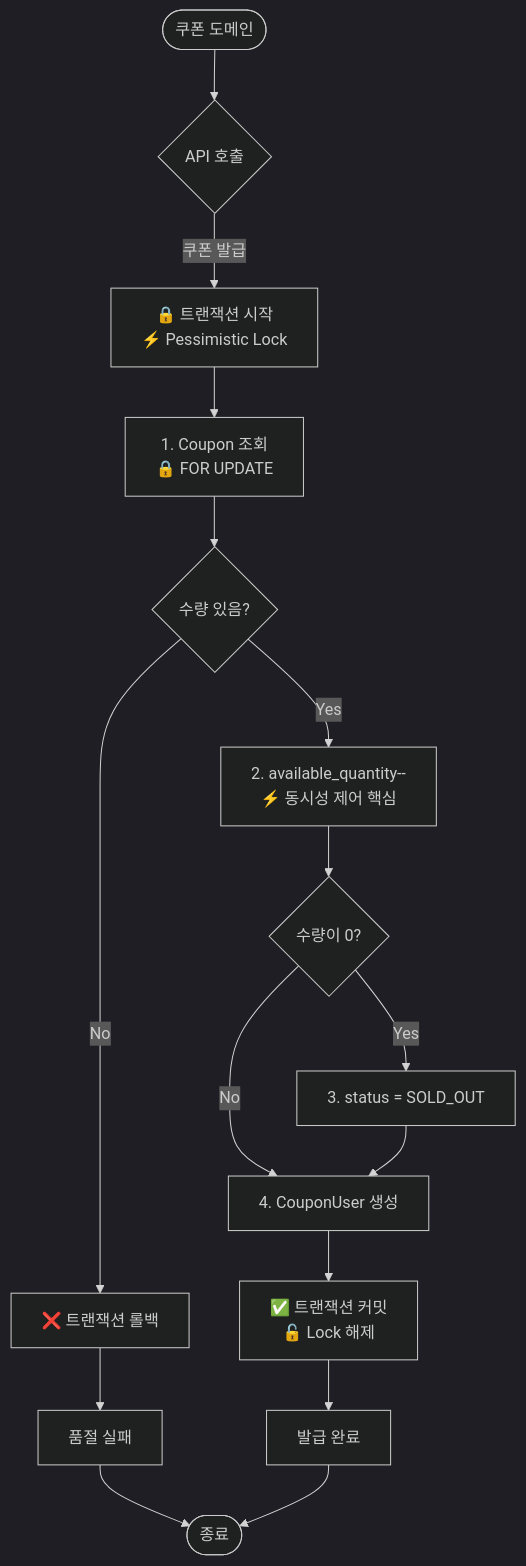
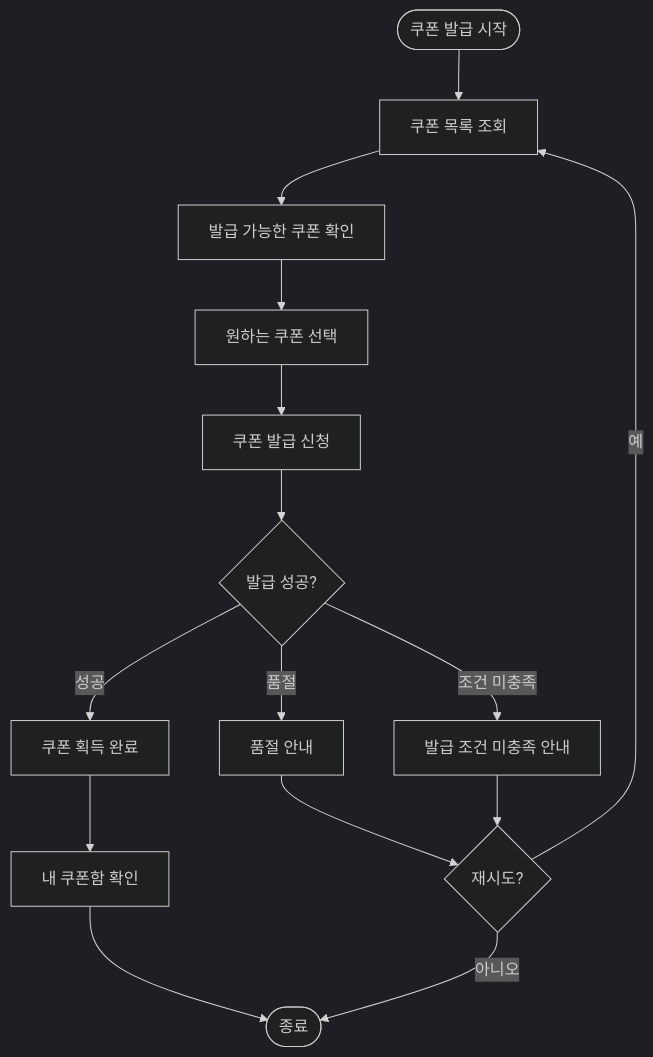
One commit to kmkim2051/hh-ecommerce changed the second of 3 diagrams in docs/02.flow_chart.md. Above: the diagram before and after it, drawn with Mermaid (dark theme). The commit also changed other lines of this file, not shown here.

Commit message:
[Docs] Flowchart - 사용자 비즈니스 액션 위주로 수정

````diff
--- a/docs/02.flow_chart.md
+++ b/docs/02.flow_chart.md
@@ -61,22 +37,17 @@
 ```mermaid
 flowchart TD
-    Start([쿠폰 도메인]) --> Action{API 호출}
-    
-    Action -->|쿠폰 발급| TxStart[🔒 트랜잭션 시작<br/>⚡ Pessimistic Lock]
-    
-    TxStart --> Step1[1. Coupon 조회<br/>🔒 FOR UPDATE]
-    Step1 --> Step2{수량 있음?}
-    Step2 -->|No| Rollback[❌ 트랜잭션 롤백]
-    Rollback --> Fail[품절 실패]
-    
-    Step2 -->|Yes| Step3[2. available_quantity--<br/>⚡ 동시성 제어 핵심]
-    Step3 --> Step4{수량이 0?}
-    Step4 -->|Yes| Step5[3. status = SOLD_OUT]
-    Step4 -->|No| Step6
-    Step5 --> Step6[4. CouponUser 생성]
-    Step6 --> TxCommit[✅ 트랜잭션 커밋<br/>🔓 Lock 해제]
-    TxCommit --> Success[발급 완료]
-    
-    Fail --> End([종료])
-    Success --> End
+    Start([쿠폰 발급 시작]) --> A[쿠폰 목록 조회]
+    A --> B[발급 가능한 쿠폰 확인]
+    B --> C[원하는 쿠폰 선택]
+    C --> D[쿠폰 발급 신청]
+    D --> E{발급 성공?}
+    E -->|성공| F[쿠폰 획득 완료]
+    E -->|품절| G[품절 안내]
+    E -->|조건 미충족| H[발급 조건 미충족 안내]
+    F --> I[내 쿠폰함 확인]
+    G --> J{재시도?}
+    H --> J
+    J -->|예| A
+    J -->|아니오| End([종료])
+    I --> End
 ```
````
